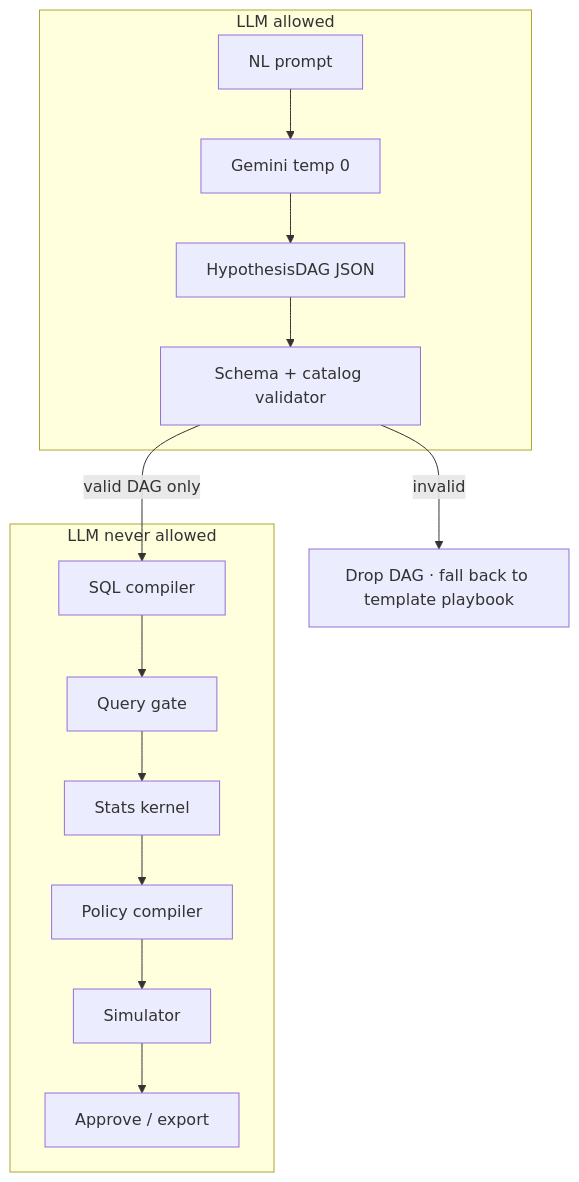
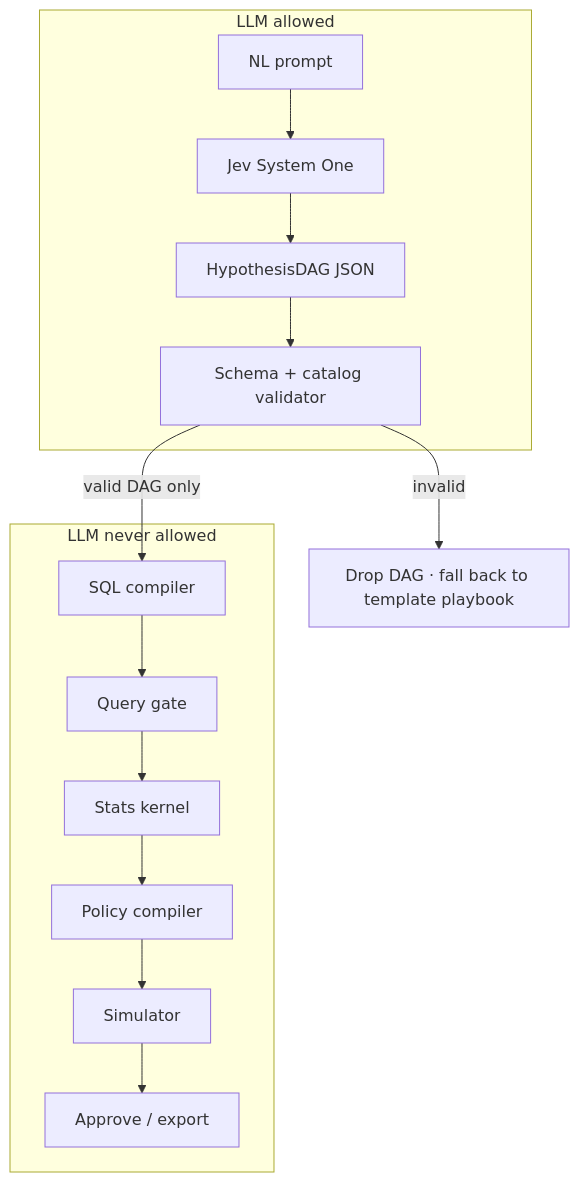
One commit to mayukhg/incident-insight changed the second of 4 diagrams in docs/llm_usage.md. Above: the diagram before and after it, drawn with Mermaid. The commit also changed other lines of this file and 4 other files, not shown here.

First line of the commit message:
Replace Gemini with TypeSafe AI Jev model via OpenRouter

````diff
--- a/docs/llm_usage.md
+++ b/docs/llm_usage.md
@@ -46,18 +48,18 @@
 ```mermaid
 flowchart TB
   subgraph llm_ok [LLM allowed]
-    A[NL prompt] --> B[Gemini temp 0]
+    A[NL prompt] --> B[Jev System One]
     B --> C[HypothesisDAG JSON]
     C --> D[Schema + catalog validator]
   end
   subgraph llm_no [LLM never allowed]
     E[SQL compiler]
     F[Query gate]
     G[Stats kernel]
     H[Policy compiler]
     I[Simulator]
     J[Approve / export]
   end
   D -->|valid DAG only| E --> F --> G --> H --> I --> J
   D -->|invalid| K[Drop DAG · fall back to template playbook]
 ```
````
